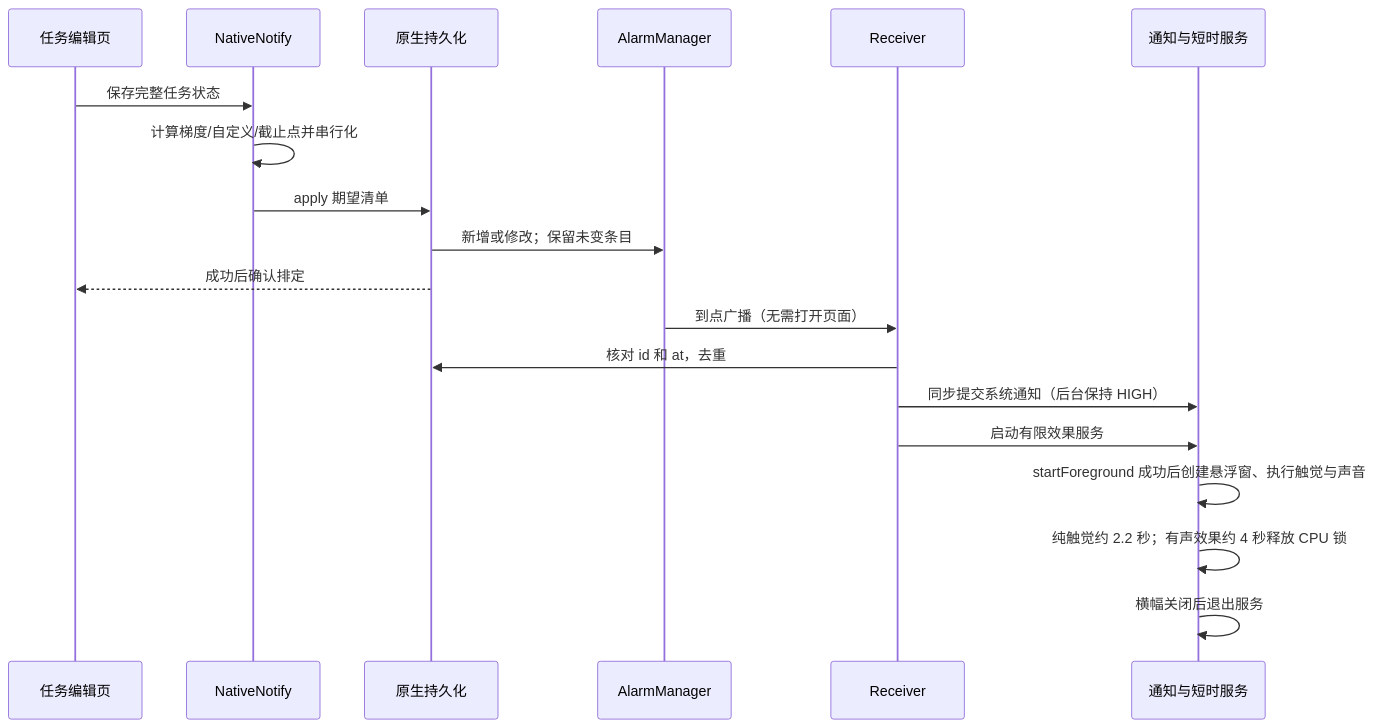
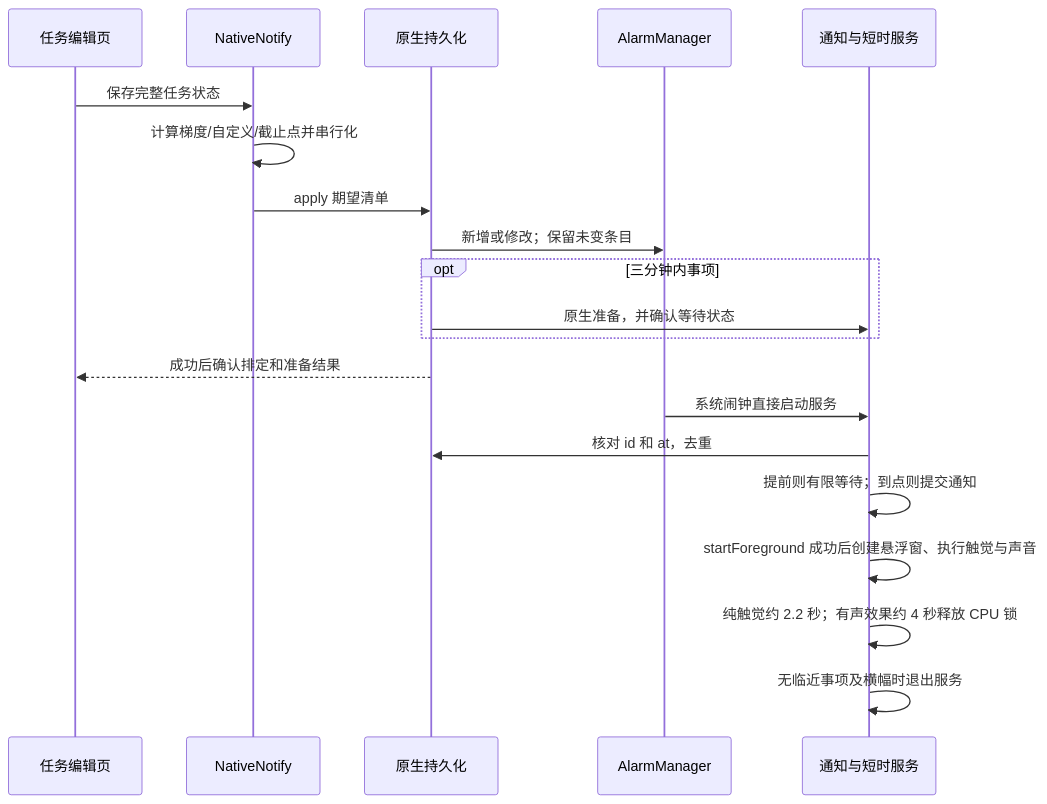
The diagram in docs/ARCHITECTURE.md (lhw366/ddl-radar-app), drawn with Mermaid before and after one commit. The commit also changed other lines of this file and 17 other files, not shown here.

````diff
--- a/docs/ARCHITECTURE.md
+++ b/docs/ARCHITECTURE.md
@@ -5,21 +7,22 @@
 ```mermaid
 sequenceDiagram
   participant UI as 任务编辑页
   participant JS as NativeNotify
   participant DB as 原生持久化
   participant AM as AlarmManager
-  participant RX as Receiver
   participant FX as 通知与短时服务
   UI->>JS: 保存完整任务状态
   JS->>JS: 计算梯度/自定义/截止点并串行化
   JS->>DB: apply 期望清单
   DB->>AM: 新增或修改；保留未变条目
-  DB-->>UI: 成功后确认排定
-  AM->>RX: 到点广播（无需打开页面）
-  RX->>DB: 核对 id 和 at，去重
-  RX->>FX: 同步提交系统通知（后台保持 HIGH）
-  RX->>FX: 启动有限效果服务
+  opt 三分钟内事项
+    DB->>FX: 原生准备，并确认等待状态
+  end
+  DB-->>UI: 成功后确认排定和准备结果
+  AM->>FX: 系统闹钟直接启动服务
+  FX->>DB: 核对 id 和 at，去重
+  FX->>FX: 提前则有限等待；到点则提交通知
   FX->>FX: startForeground 成功后创建悬浮窗、执行触觉与声音
   FX->>FX: 纯触觉约 2.2 秒；有声效果约 4 秒释放 CPU 锁
-  FX->>FX: 横幅关闭后退出服务
+  FX->>FX: 无临近事项及横幅时退出服务
 ```
````
